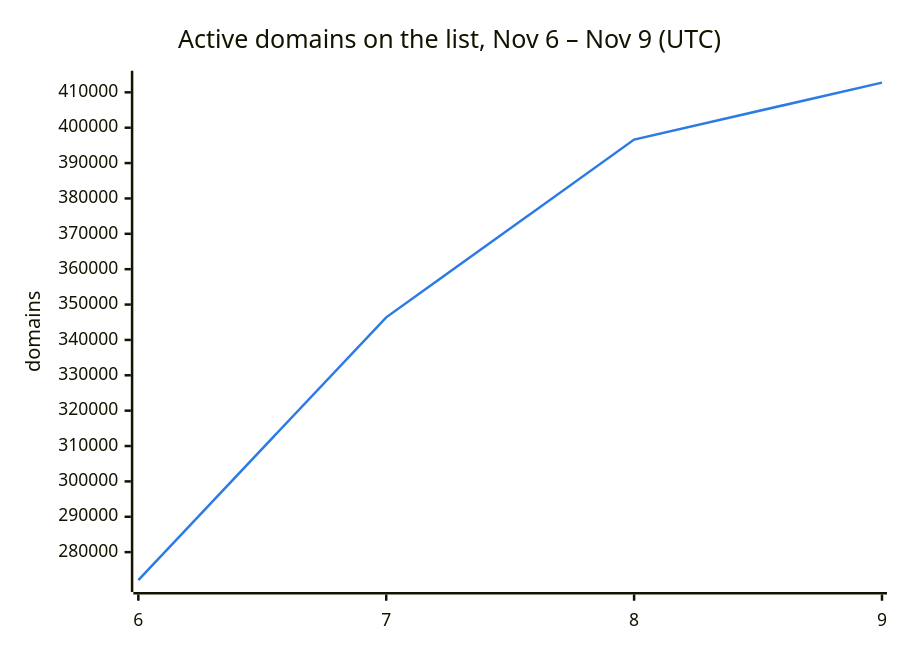
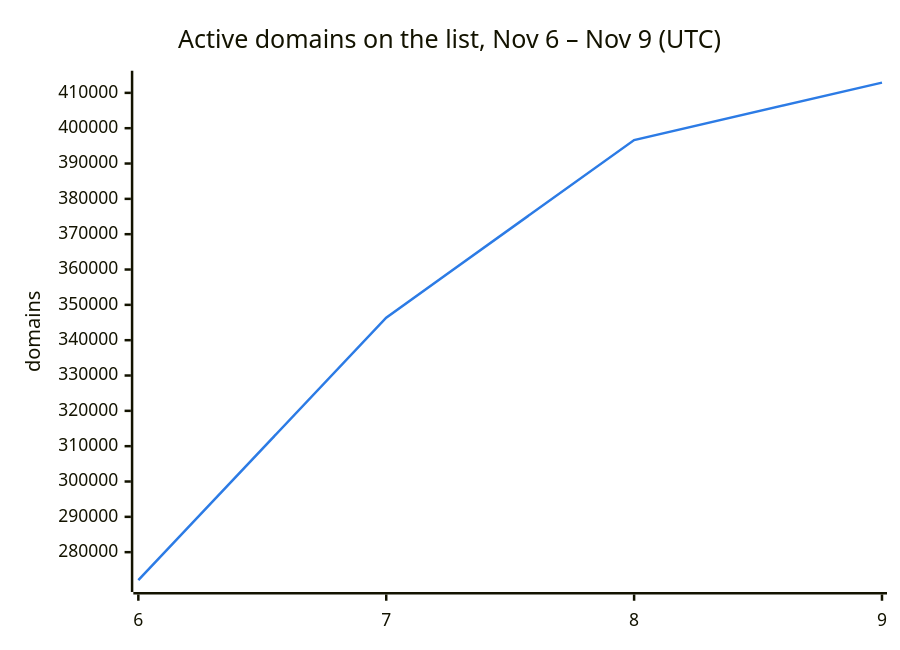
The second of 3 diagrams in README.md (DNSBunker/CTI), drawn with Mermaid before and after one commit. The commit also changed other lines of this file and 3 other files, not shown here.

````diff
--- a/README.md
+++ b/README.md
@@ -38,8 +38,8 @@
 ```mermaid
 %%{init: {"themeVariables": {"xyChart": {"plotColorPalette": "#2c7be5"}}}}%%
 xychart-beta
     title "Active domains on the list, Nov 6 – Nov 9 (UTC)"
     x-axis ["6", "7", "8", "9"]
     y-axis "domains"
-    line [272088, 346388, 396638, 412745]
+    line [272088, 346388, 396638, 412898]
 ```
````
